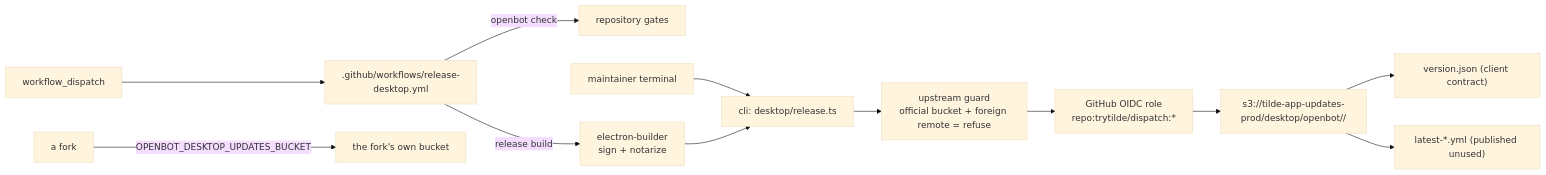
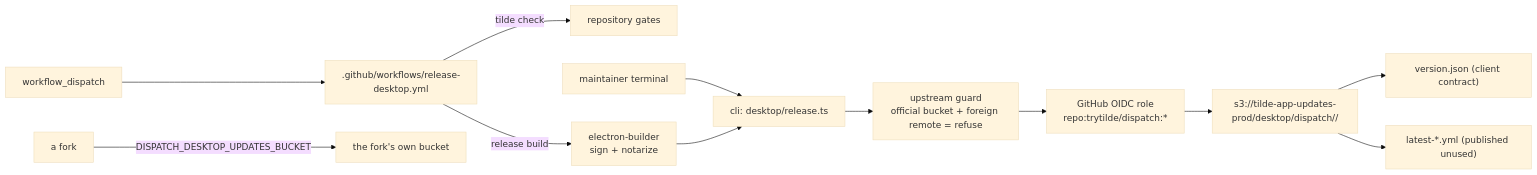
The diagram in docs/updates/60.md (trytilde/dispatch), drawn with Mermaid (base theme) before and after one commit. The commit also changed other lines of this file and 668 other files, not shown here.

````diff
--- a/docs/updates/60.md
+++ b/docs/updates/60.md
@@ -10,14 +10,14 @@
 ```mermaid
 flowchart LR
   D["workflow_dispatch"] --> W[".github/workflows/release-desktop.yml"]
-  W -->|"openbot check"| G["repository gates"]
+  W -->|"tilde check"| G["repository gates"]
   W -->|"release build"| B["electron-builder\nsign + notarize"]
   Dev["maintainer terminal"] --> CLI["cli: desktop/release.ts"]
   B --> CLI
   CLI --> Guard["upstream guard\nofficial bucket + foreign remote = refuse"]
   Guard --> OIDC["GitHub OIDC role\nrepo:trytilde/dispatch:*"]
-  OIDC --> S3["s3://tilde-app-updates-prod/desktop/openbot/<channel>/"]
+  OIDC --> S3["s3://tilde-app-updates-prod/desktop/dispatch/<channel>/"]
   S3 --> V["version.json (client contract)"]
   S3 --> Y["latest-*.yml (published unused)"]
-  Fork["a fork"] -->|"OPENBOT_DESKTOP_UPDATES_BUCKET"| S3F["the fork's own bucket"]
+  Fork["a fork"] -->|"DISPATCH_DESKTOP_UPDATES_BUCKET"| S3F["the fork's own bucket"]
 ```
````
